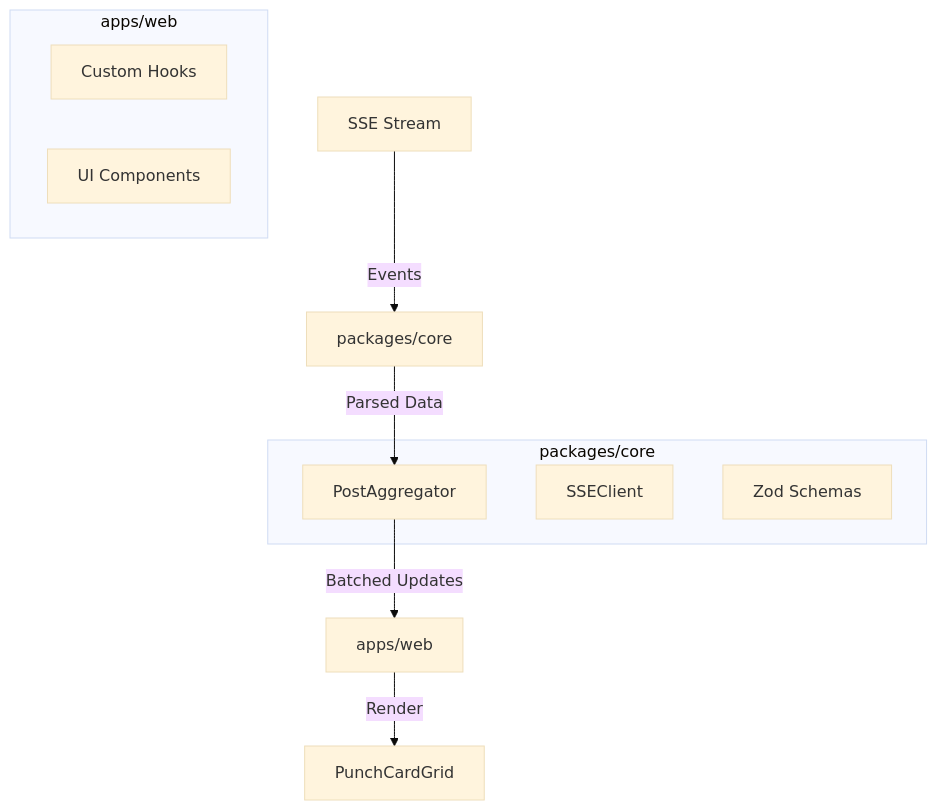
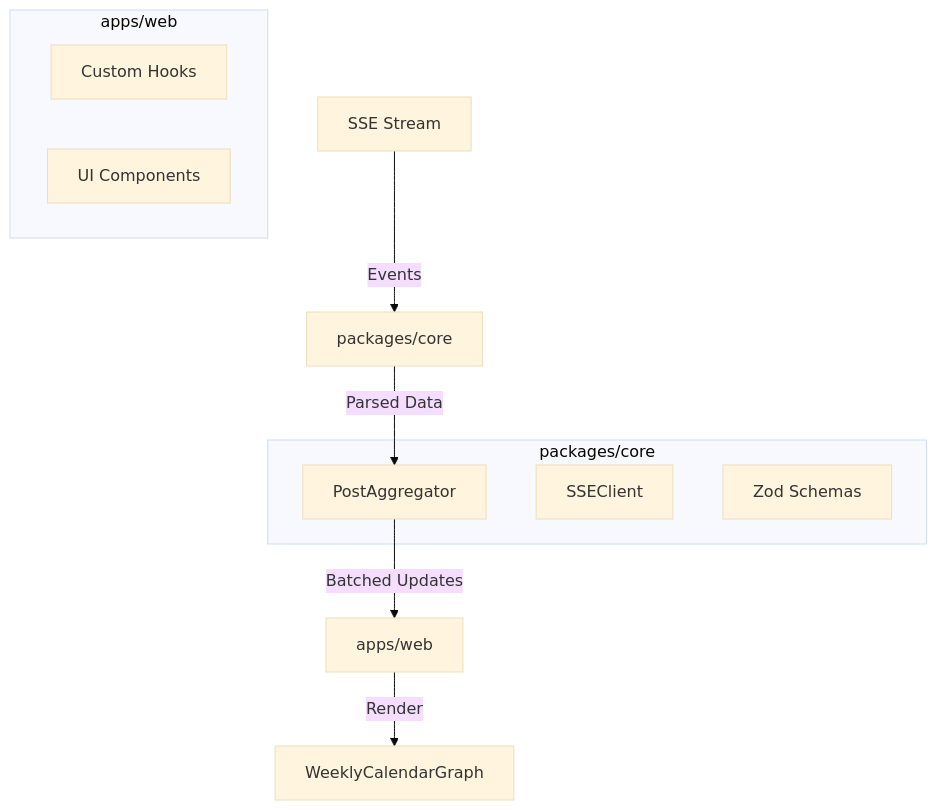
The diagram in README.md (edouardmisset/upfluence-coding-challenge), drawn with Mermaid (base theme) before and after one commit. The commit also changed other lines of this file and 9 other files, not shown here.

Commit message:
feat: update visualization from punch card to weekly calendar graph and enhance accessibility

````diff
--- a/README.md
+++ b/README.md
@@ -26,18 +26,18 @@
 ```mermaid
 graph TD
     SSE[SSE Stream] -->|Events| Core[packages/core]
     Core -->|Parsed Data| Aggregator[PostAggregator]
     Aggregator -->|Batched Updates| WebApp[apps/web]
-    WebApp -->|Render| Grid[PunchCardGrid]
+    WebApp -->|Render| Grid[WeeklyCalendarGraph]
 
     subgraph "packages/core"
         Client[SSEClient]
         Aggregator
         Validators[Zod Schemas]
     end
 
     subgraph "apps/web"
         Hooks[Custom Hooks]
         Components[UI Components]
     end
 ```
````
